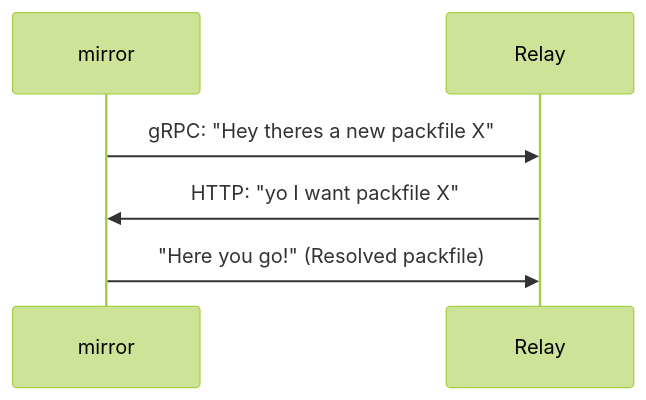
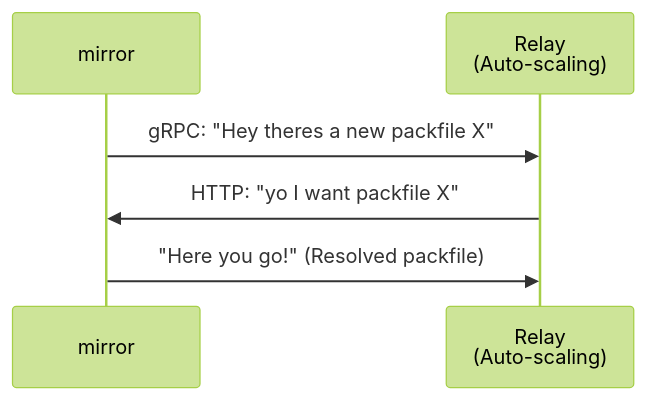
Before and after one commit to wiggitywhitney/board-notes: the third of 3 diagrams in datadog-illuminated/12-rebuilding-cis-git-serving-for-the-ai-coding-era/notes.md, drawn with Mermaid (forest theme). The commit also changed other lines of this file, not shown here.

Commit message:
fix: label relay as auto-scaling in relay closer-look diagram

````diff
--- a/datadog-illuminated/12-rebuilding-cis-git-serving-for-the-ai-coding-era/notes.md
+++ b/datadog-illuminated/12-rebuilding-cis-git-serving-for-the-ai-coding-era/notes.md
@@ -83,8 +83,8 @@
 ```mermaid
 sequenceDiagram
     participant mirror
-    participant Relay
+    participant Relay as Relay<br/>(Auto-scaling)
     mirror->>Relay: gRPC: "Hey theres a new packfile X"
     Relay->>mirror: HTTP: "yo I want packfile X"
     mirror->>Relay: "Here you go!" (Resolved packfile)
 ```
````
